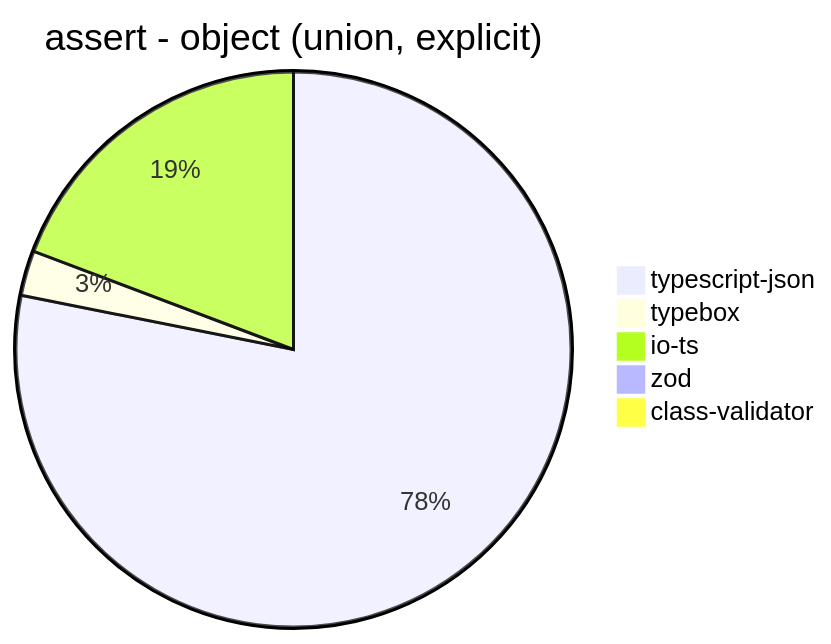
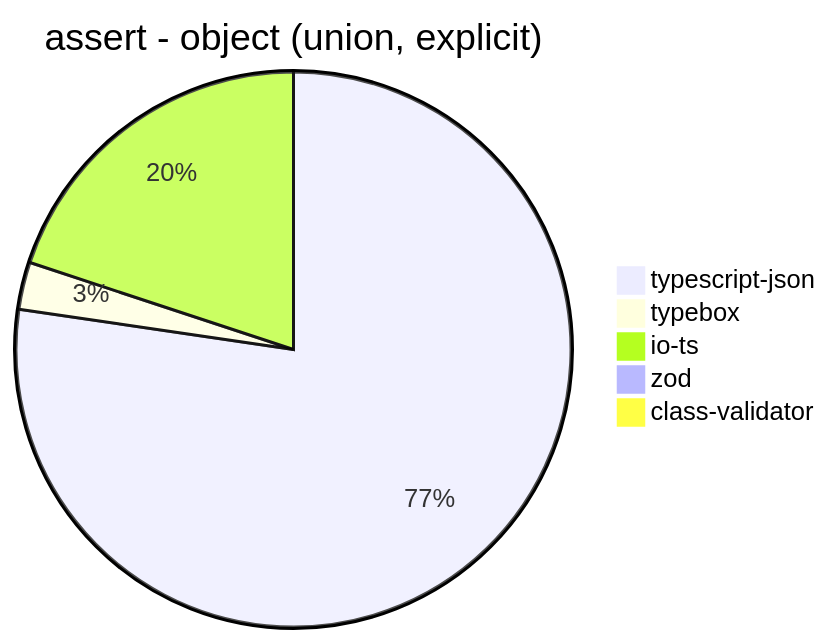
Before and after one commit to samchon/typia: diagram 11 of 38 in benchmark/results/AMD Ryzen 7 5800H with Radeon Graphics.md, drawn with Mermaid. The commit also changed other lines of this file and 189 other files, not shown here.

````diff
--- a/benchmark/results/AMD Ryzen 7 5800H with Radeon Graphics.md
+++ b/benchmark/results/AMD Ryzen 7 5800H with Radeon Graphics.md
@@ -146,8 +146,8 @@
 ```mermaid
 pie title assert - object (union, explicit)
-  "typescript-json": 4756.962495358336
-  "typebox": 159.88265493215988
-  "io-ts": 1171.7981417380215
-  "zod": 33.97880891487029
-  "class-validator": 15.336289726533629
+  "typescript-json": 4816.814640333394
+  "typebox": 171.7522382605518
+  "io-ts": 1241.2264499445882
+  "zod": 32.558958113340374
+  "class-validator": 15.861027190332326
 ```
````
